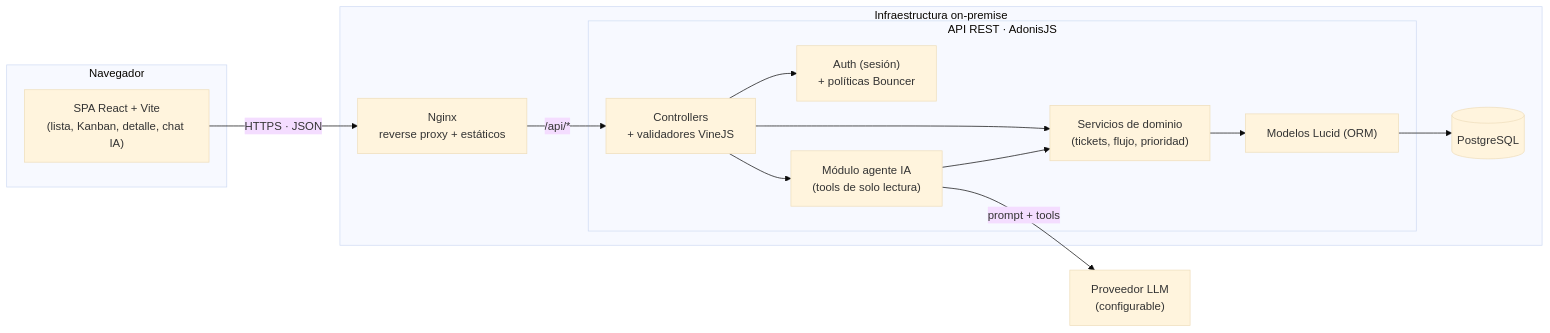
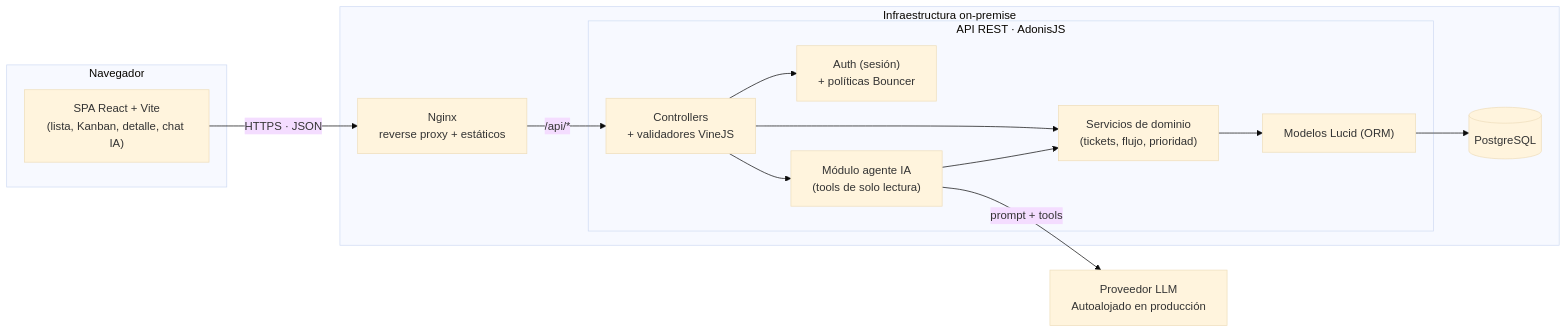
The third of 6 diagrams in readme.md (pedrolaralara/AI4Devs-finalproject), drawn with Mermaid (base theme) before and after one commit. The commit also changed other lines of this file and 5 other files, not shown here.

````diff
--- a/readme.md
+++ b/readme.md
@@ -173,30 +173,30 @@
 ```mermaid
 flowchart LR
     subgraph Cliente["Navegador"]
         SPA["SPA React + Vite<br/>(lista, Kanban, detalle, chat IA)"]
     end
 
     subgraph OnPrem["Infraestructura on-premise"]
         Proxy["Nginx<br/>reverse proxy + estáticos"]
         subgraph API["API REST · AdonisJS"]
             Ctrl["Controllers<br/>+ validadores VineJS"]
             Auth["Auth (sesión)<br/>+ políticas Bouncer"]
             Svc["Servicios de dominio<br/>(tickets, flujo, prioridad)"]
             Agent["Módulo agente IA<br/>(tools de solo lectura)"]
             ORM["Modelos Lucid (ORM)"]
         end
         DB[("PostgreSQL")]
     end
 
-    LLM["Proveedor LLM<br/>(configurable)"]
+    LLM["Proveedor LLM<br/>Autoalojado en producción"]
 
     SPA -- "HTTPS · JSON" --> Proxy
     Proxy -- "/api/*" --> Ctrl
     Ctrl --> Auth
     Ctrl --> Svc
     Ctrl --> Agent
     Agent --> Svc
     Svc --> ORM
     ORM --> DB
     Agent -- "prompt + tools" --> LLM
 ```
````
